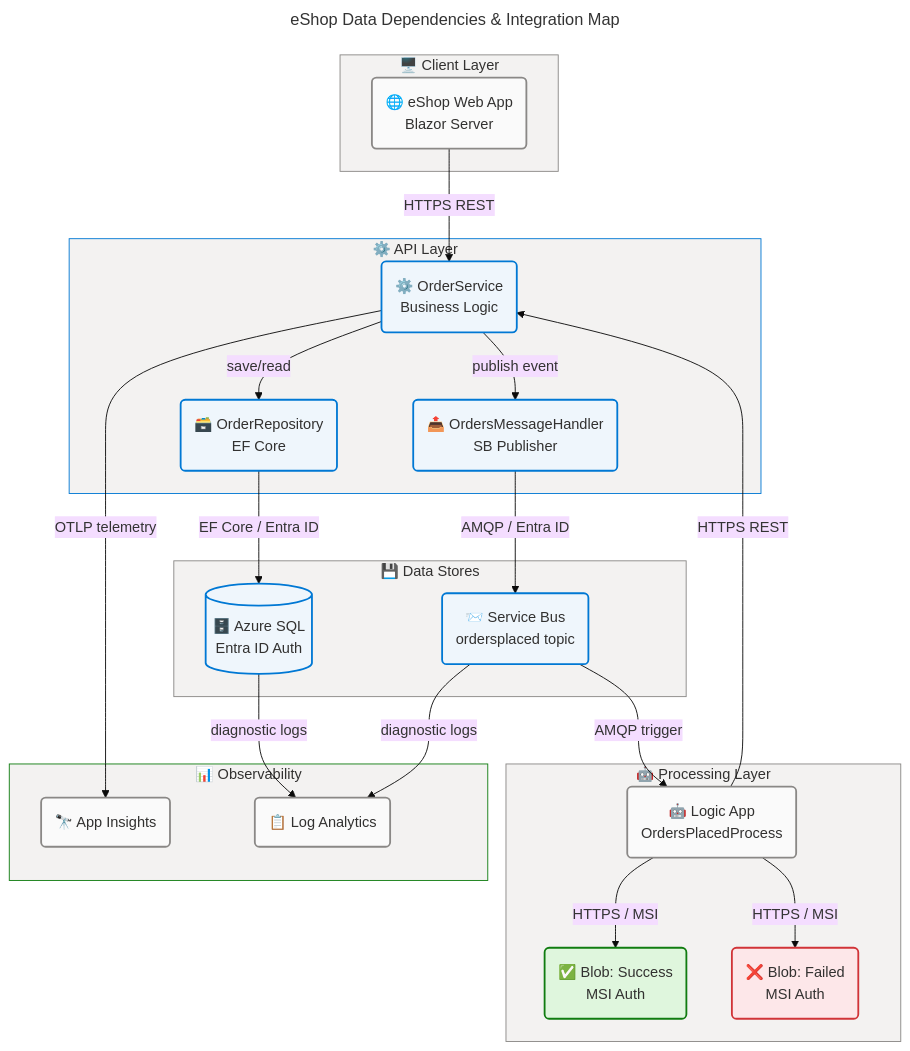
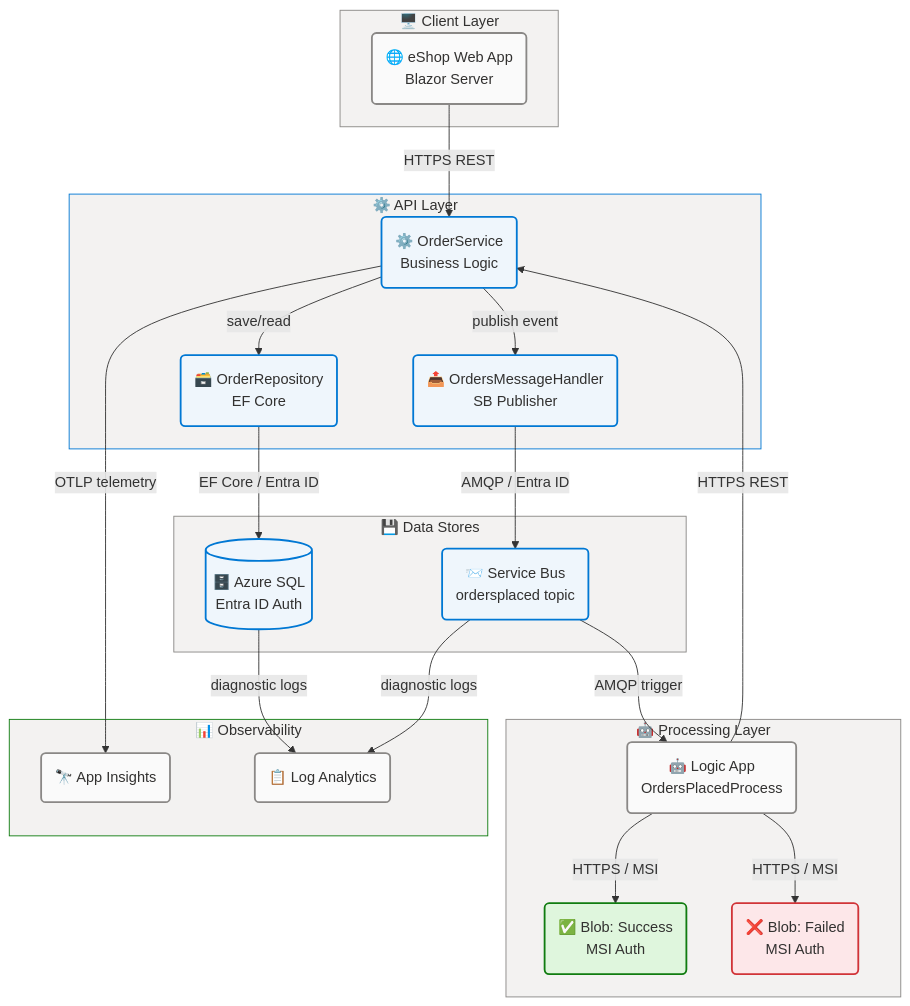
Before and after one commit to Evilazaro/Azure-LogicApps-Monitoring: the eighth of 8 diagrams in docs/architecture/data-arch.md, drawn with Mermaid. The commit also changed other lines of this file, not shown here.

Commit message:
Remove unused mermaid diagram configurations from data architecture documentation

````diff
--- a/docs/architecture/data-arch.md
+++ b/docs/architecture/data-arch.md
@@ -954,77 +877,66 @@
 ```mermaid
----
-title: eShop Data Dependencies & Integration Map
-config:
-  theme: base
-  look: classic
-  layout: dagre
-  themeVariables:
-    fontSize: '16px'
-  flowchart:
-    htmlLabels: true
----
 flowchart TB
     accTitle: eShop Data Dependencies and Integration Map
     accDescr: Full integration map showing all data dependencies between the Orders API, SQL Database, Service Bus, Logic App, Blob Storage, Application Insights, and Log Analytics, with authentication type and direction for each connection.
 
     %% ═══════════════════════════════════════════════════════════════════════════
     %% AZURE / FLUENT ARCHITECTURE PATTERN v2.0
     %% (Semantic + Structural + Font + Accessibility Governance)
     %% ═══════════════════════════════════════════════════════════════════════════
     %% PHASE 1 - FLUENT UI: All styling uses approved Fluent UI palette only
     %% PHASE 2 - GROUPS: Every subgraph has semantic color via style directive
     %% PHASE 3 - COMPONENTS: Every node has semantic classDef + icon prefix
     %% PHASE 4 - ACCESSIBILITY: accTitle/accDescr present, WCAG AA contrast
     %% PHASE 5 - STANDARD: Governance block present, classDefs centralized
     %% ═══════════════════════════════════════════════════════════════════════════
 
     subgraph clients["🖥️ Client Layer"]
         WebApp("🌐 eShop Web App<br/>Blazor Server"):::neutral
     end
 
     subgraph apilayer["⚙️ API Layer"]
         OrderSvc("⚙️ OrderService<br/>Business Logic"):::core
         OrderRepo("🗃️ OrderRepository<br/>EF Core"):::core
         MsgHandler("📤 OrdersMessageHandler<br/>SB Publisher"):::core
     end
 
     subgraph datastores["💾 Data Stores"]
         SQL[("🗄️ Azure SQL<br/>Entra ID Auth")]:::core
         SBus("📨 Service Bus<br/>ordersplaced topic"):::core
     end
 
     subgraph processing["🤖 Processing Layer"]
         LA("🤖 Logic App<br/>OrdersPlacedProcess"):::neutral
         BlobOK("✅ Blob: Success<br/>MSI Auth"):::success
         BlobErr("❌ Blob: Failed<br/>MSI Auth"):::danger
     end
 
     subgraph telemetry["📊 Observability"]
         AI("🔭 App Insights"):::neutral
         LAW("📋 Log Analytics"):::neutral
     end
 
     WebApp -->|"HTTPS REST"| OrderSvc
     OrderSvc -->|"save/read"| OrderRepo
     OrderRepo -->|"EF Core / Entra ID"| SQL
     OrderSvc -->|"publish event"| MsgHandler
     MsgHandler -->|"AMQP / Entra ID"| SBus
     SBus -->|"AMQP trigger"| LA
     LA -->|"HTTPS REST"| OrderSvc
     LA -->|"HTTPS / MSI"| BlobOK
     LA -->|"HTTPS / MSI"| BlobErr
     OrderSvc -->|"OTLP telemetry"| AI
     SQL -->|"diagnostic logs"| LAW
     SBus -->|"diagnostic logs"| LAW
 
     classDef core fill:#EFF6FC,stroke:#0078D4,stroke-width:2px,color:#323130
     classDef neutral fill:#FAFAFA,stroke:#8A8886,stroke-width:2px,color:#323130
     classDef success fill:#DFF6DD,stroke:#107C10,stroke-width:2px,color:#323130
     classDef danger fill:#FDE7E9,stroke:#D13438,stroke-width:2px,color:#323130
 
     style clients fill:#F3F2F1,stroke:#8A8886,stroke-width:1px,color:#323130
     style apilayer fill:#F3F2F1,stroke:#0078D4,stroke-width:1px,color:#323130
     style datastores fill:#F3F2F1,stroke:#8A8886,stroke-width:1px,color:#323130
     style processing fill:#F3F2F1,stroke:#8A8886,stroke-width:1px,color:#323130
     style telemetry fill:#F3F2F1,stroke:#107C10,stroke-width:1px,color:#323130
 ```
````
